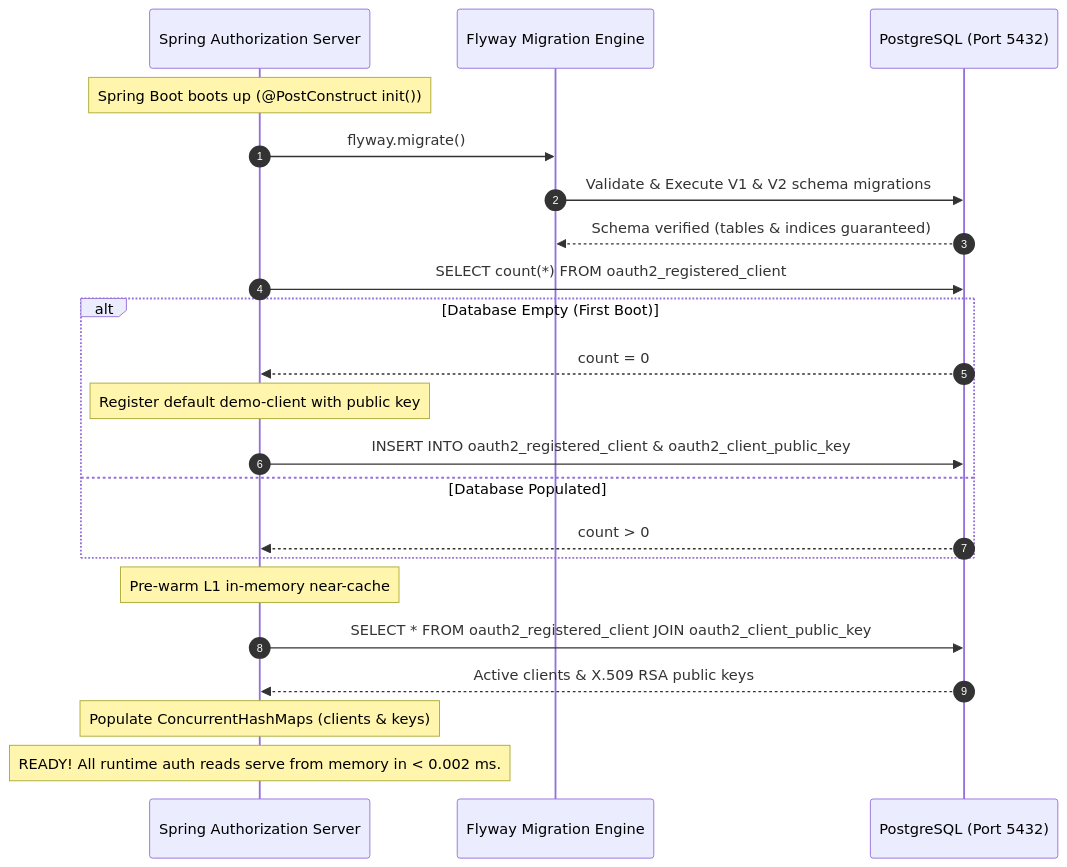
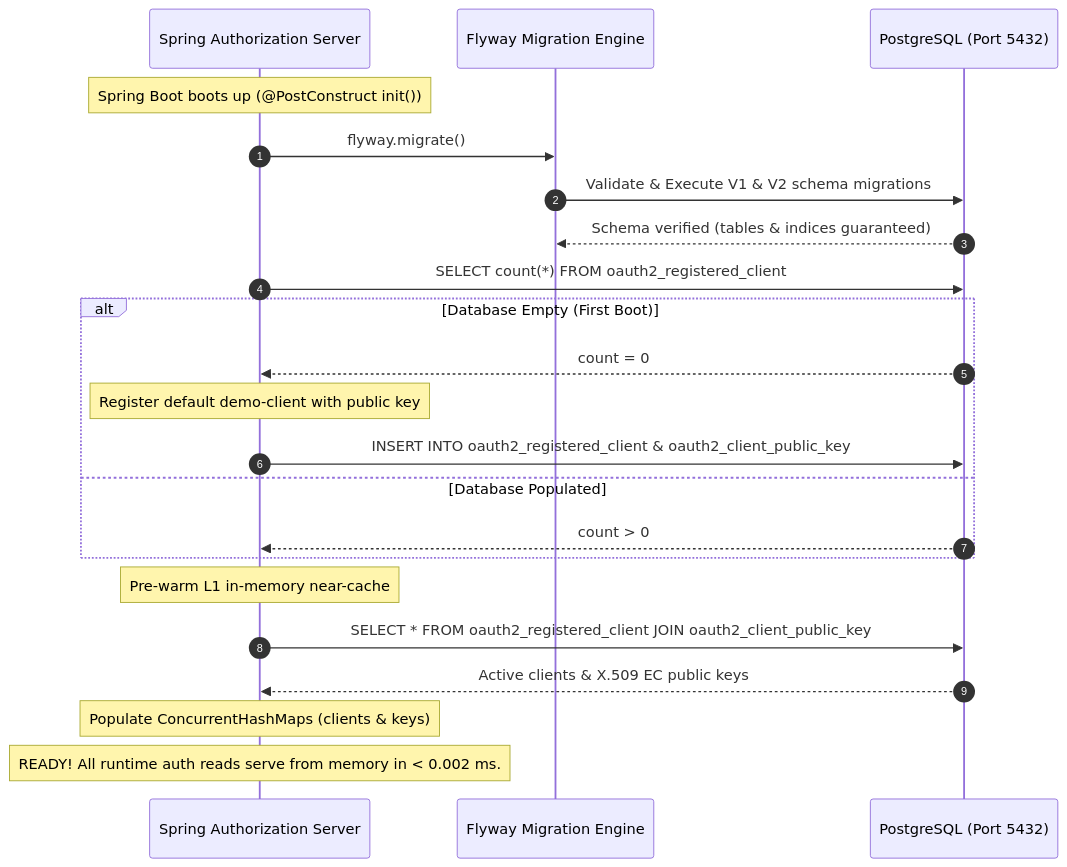
One commit to shoeyn/oauth-server changed the second of 4 diagrams in docs/architecture/client_config_and_caching_flow.md. Above: the diagram before and after it, drawn with Mermaid. The commit also changed other lines of this file and 48 other files, not shown here.

````diff
--- a/docs/architecture/client_config_and_caching_flow.md
+++ b/docs/architecture/client_config_and_caching_flow.md
@@ -47,27 +47,27 @@
 ```mermaid
 sequenceDiagram
     autonumber
     participant Spring as Spring Authorization Server
     participant Flyway as Flyway Migration Engine
     participant PG as PostgreSQL (Port 5432)
 
     Note over Spring: Spring Boot boots up (@PostConstruct init())
     Spring->>Flyway: flyway.migrate()
     Flyway->>PG: Validate & Execute V1 & V2 schema migrations
     PG-->>Flyway: Schema verified (tables & indices guaranteed)
 
     Spring->>PG: SELECT count(*) FROM oauth2_registered_client
     alt Database Empty (First Boot)
         PG-->>Spring: count = 0
         Note over Spring: Register default demo-client with public key
         Spring->>PG: INSERT INTO oauth2_registered_client & oauth2_client_public_key
     else Database Populated
         PG-->>Spring: count > 0
     end
 
     Note over Spring: Pre-warm L1 in-memory near-cache
     Spring->>PG: SELECT * FROM oauth2_registered_client JOIN oauth2_client_public_key
-    PG-->>Spring: Active clients & X.509 RSA public keys
+    PG-->>Spring: Active clients & X.509 EC public keys
     Note over Spring: Populate ConcurrentHashMaps (clients & keys)
     Note over Spring: READY! All runtime auth reads serve from memory in < 0.002 ms.
 ```
````
